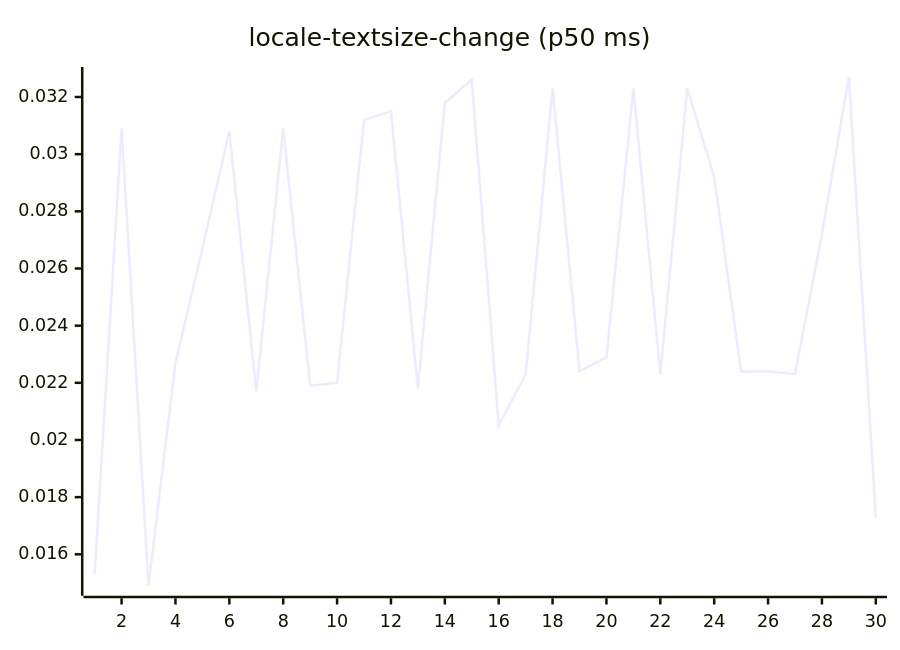
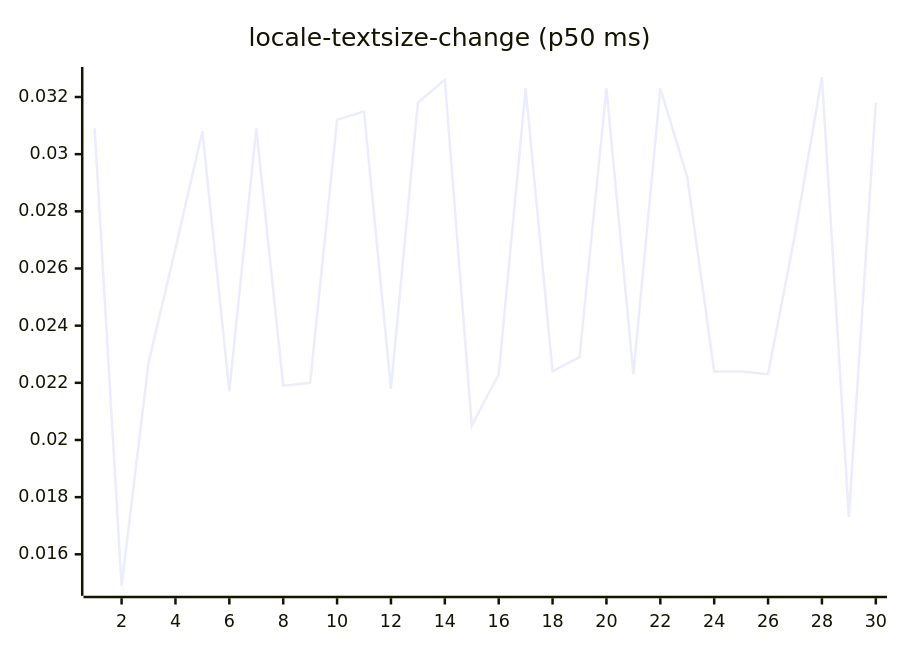
One commit to josha/Facet changed diagram 13 of 27 in README.md. Above: the diagram before and after it, drawn with Mermaid. The commit also changed other lines of this file and 2 other files, not shown here.

````diff
--- a/README.md
+++ b/README.md
@@ -147,6 +147,6 @@
 ```mermaid
 xychart-beta
     title "locale-textsize-change (p50 ms)"
     x-axis 1 --> 30
-    line [0.0153, 0.0309, 0.0149, 0.0227, 0.0267, 0.0308, 0.0217, 0.0309, 0.0219, 0.0220, 0.0312, 0.0315, 0.0218, 0.0318, 0.0326, 0.0205, 0.0223, 0.0323, 0.0224, 0.0229, 0.0323, 0.0223, 0.0323, 0.0292, 0.0224, 0.0224, 0.0223, 0.0272, 0.0327, 0.0173]
+    line [0.0309, 0.0149, 0.0227, 0.0267, 0.0308, 0.0217, 0.0309, 0.0219, 0.0220, 0.0312, 0.0315, 0.0218, 0.0318, 0.0326, 0.0205, 0.0223, 0.0323, 0.0224, 0.0229, 0.0323, 0.0223, 0.0323, 0.0292, 0.0224, 0.0224, 0.0223, 0.0272, 0.0327, 0.0173, 0.0318]
 ```
````
